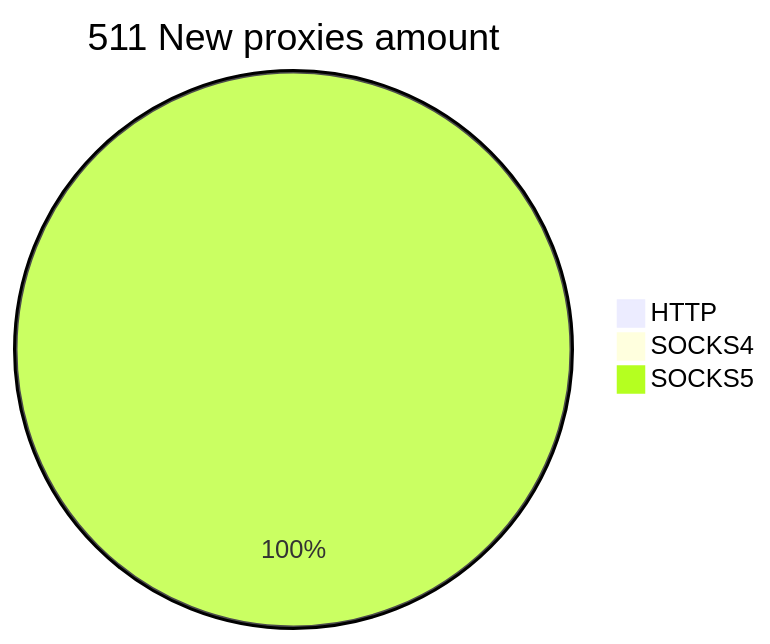
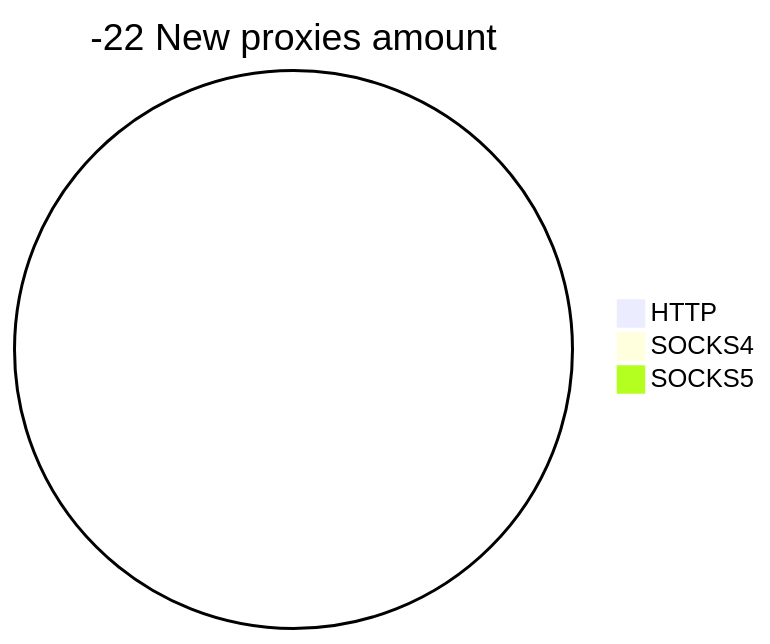
One commit to cutipu/proxylist changed the second of 2 diagrams in README.md. Above: the diagram before and after it, drawn with Mermaid. The commit also changed other lines of this file, not shown here.

````diff
--- a/README.md
+++ b/README.md
@@ -10,6 +10,6 @@
 ```mermaid
-pie title 511 New proxies amount
+pie title -22 New proxies amount
     "HTTP" : 0
     "SOCKS4" : 0
-    "SOCKS5" : 511
+    "SOCKS5" : 0
 ```
````
